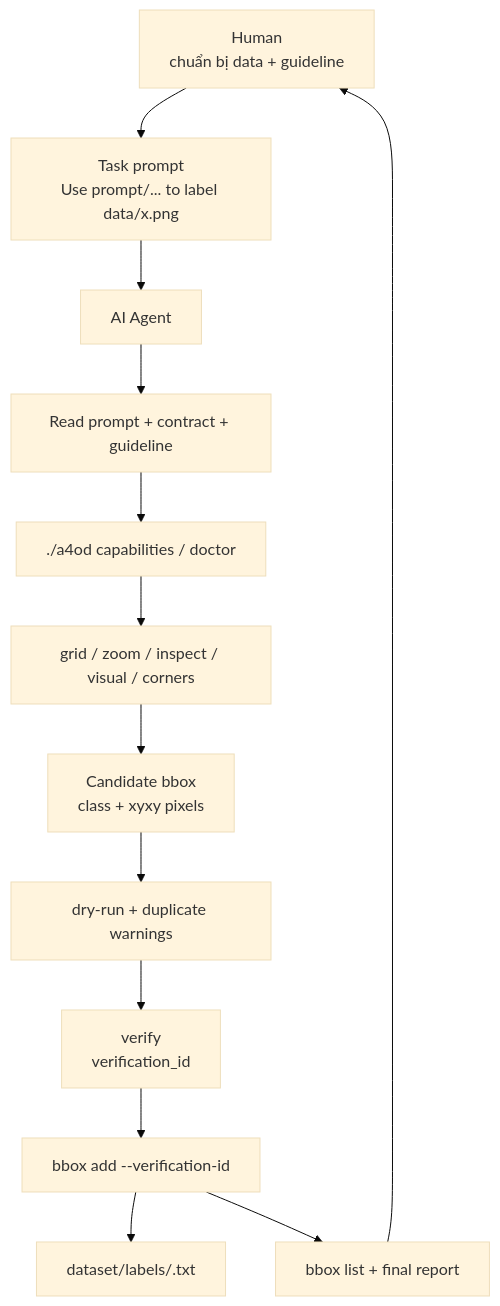
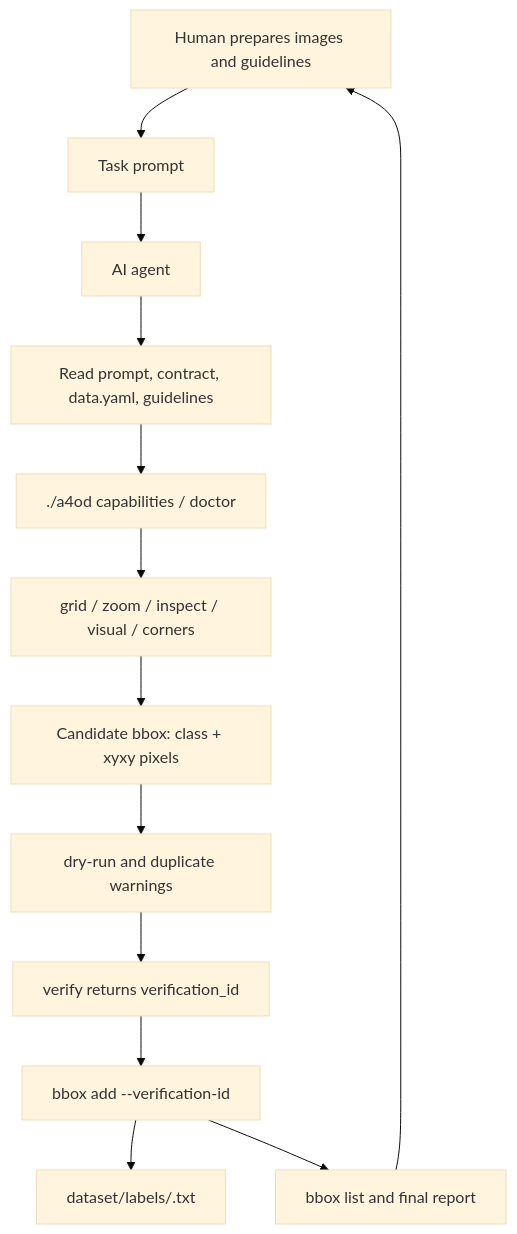
One commit to DongNQ247/A4OD changed the diagram in README.md. Above: the diagram before and after it, drawn with Mermaid (base theme). The commit also changed other lines of this file and 1 other file, not shown here.

````diff
--- a/README.md
+++ b/README.md
@@ -194,15 +124,15 @@
 ```mermaid
 flowchart TD
-    H["Human<br/>chuẩn bị data + guideline"] --> T["Task prompt<br/>Use prompt/... to label data/x.png"]
-    T --> A["AI Agent"]
-    A --> P["Read prompt + contract + guideline"]
+    H["Human prepares images and guidelines"] --> T["Task prompt"]
+    T --> A["AI agent"]
+    A --> P["Read prompt, contract, data.yaml, guidelines"]
     P --> C["./a4od capabilities / doctor"]
     C --> G["grid / zoom / inspect / visual / corners"]
-    G --> B["Candidate bbox<br/>class + xyxy pixels"]
-    B --> D["dry-run + duplicate warnings"]
-    D --> V["verify<br/>verification_id"]
+    G --> B["Candidate bbox: class + xyxy pixels"]
+    B --> D["dry-run and duplicate warnings"]
+    D --> V["verify returns verification_id"]
     V --> M["bbox add --verification-id"]
     M --> L["dataset/labels/<stem>.txt"]
-    M --> R["bbox list + final report"]
+    M --> R["bbox list and final report"]
     R --> H
 ```
````
